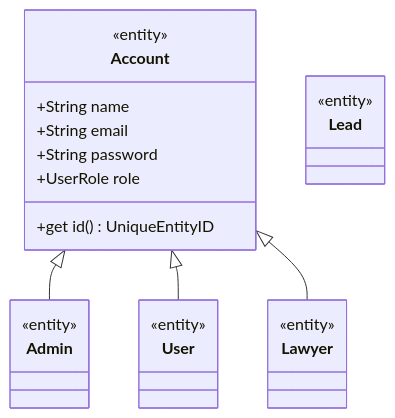
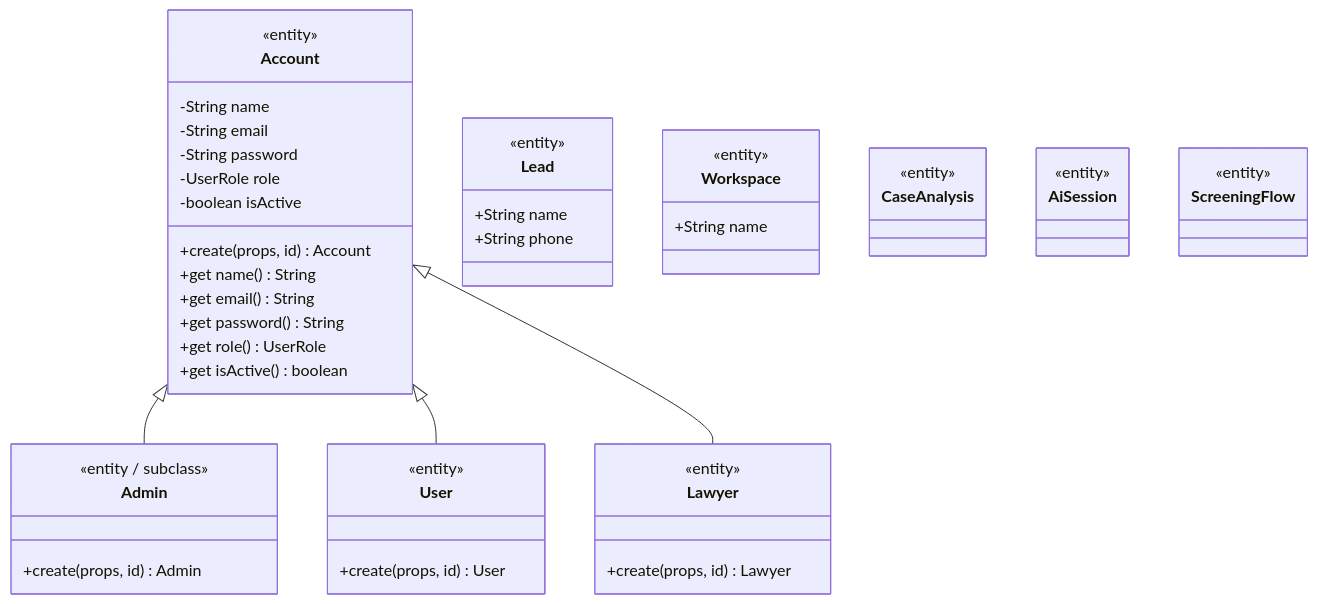
Before and after one commit to josevictorn/vero: the second of 4 diagrams in architecture.md, drawn with Mermaid. The commit also changed other lines of this file, not shown here.

Commit message:
feat: :sparkles: enhance architecture documentation with detailed diagrams and additional entity properties

````diff
--- a/architecture.md
+++ b/architecture.md
@@ -45,28 +76,60 @@
 ```mermaid
 classDiagram
   class Account {
     <<entity>>
-    +String name
-    +String email
-    +String password
-    +UserRole role
-    +get id() UniqueEntityID
+    -String name
+    -String email
+    -String password
+    -UserRole role
+    -boolean isActive
+    +create(props, id) Account
+    +get name() String
+    +get email() String
+    +get password() String
+    +get role() UserRole
+    +get isActive() boolean
   }
+
   class Admin {
-    <<entity>>
+    <<entity / subclass>>
+    +create(props, id) Admin
   }
+
   class User {
     <<entity>>
+    +create(props, id) User
   }
+
   class Lawyer {
     <<entity>>
+    +create(props, id) Lawyer
   }
+
   class Lead {
+    <<entity>>
+    +String name
+    +String phone
+  }
+
+  class Workspace {
+    <<entity>>
+    +String name
+  }
+
+  class CaseAnalysis {
     <<entity>>
   }
 
-  %% Inheritance representing multiple user types under Account
+  class AiSession {
+    <<entity>>
+  }
+  
+  class ScreeningFlow {
+    <<entity>>
+  }
+
+  %% Extending Account base
   Account <|-- Admin
   Account <|-- User
   Account <|-- Lawyer
 ```
````
